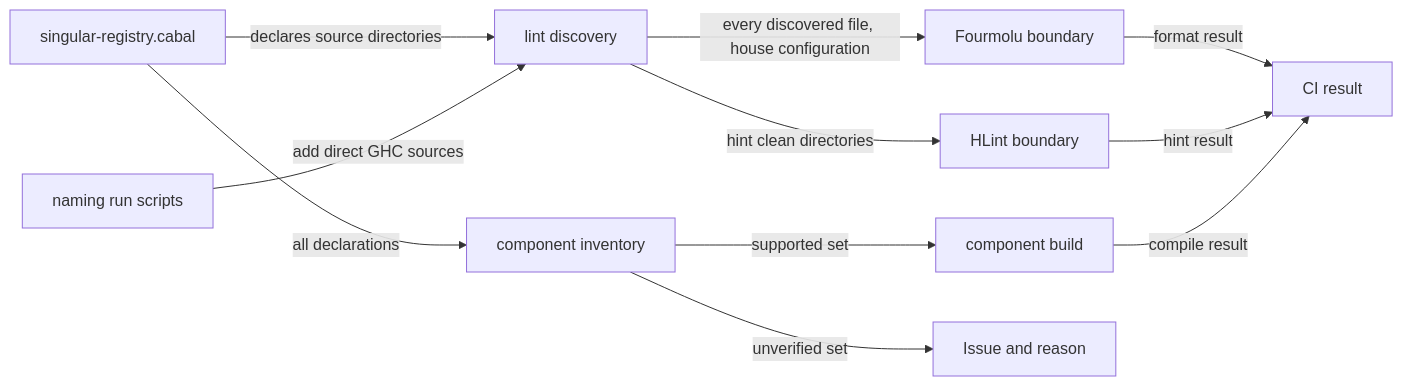
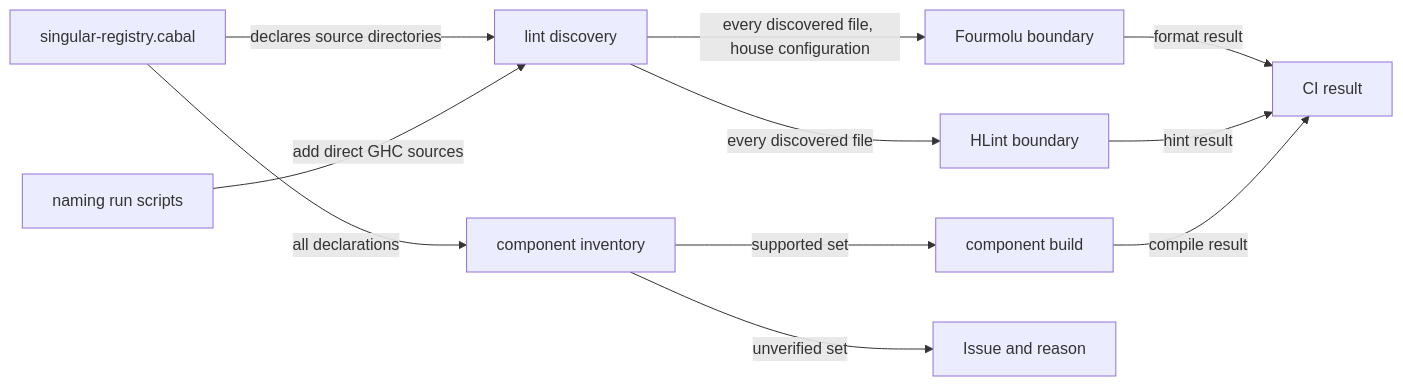
The diagram in docs/offchain-development.md (lambdasistemi/singular), drawn with Mermaid before and after one commit. The commit also changed other lines of this file and 9 other files, not shown here.

````diff
--- a/docs/offchain-development.md
+++ b/docs/offchain-development.md
@@ -19,13 +19,13 @@
 ```mermaid
 flowchart LR
     C[singular-registry.cabal] -->|declares source directories| D[lint discovery]
     N[naming run scripts] -->|add direct GHC sources| D
     D -->|every discovered file, house configuration| F[Fourmolu boundary]
-    D -->|hint clean directories| H[HLint boundary]
+    D -->|every discovered file| H[HLint boundary]
     C -->|all declarations| I[component inventory]
     I -->|supported set| B[component build]
     I -->|unverified set| U[Issue and reason]
     F -->|format result| CI[CI result]
     H -->|hint result| CI
     B -->|compile result| CI
 ```
````
